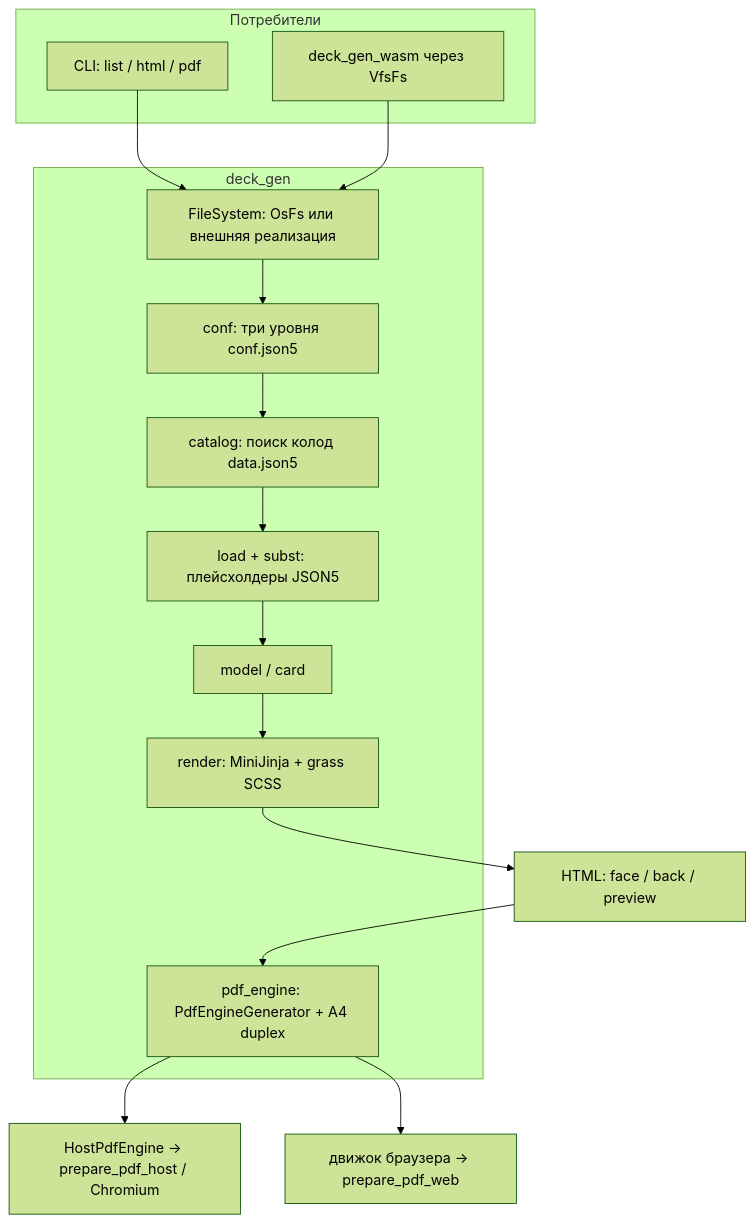
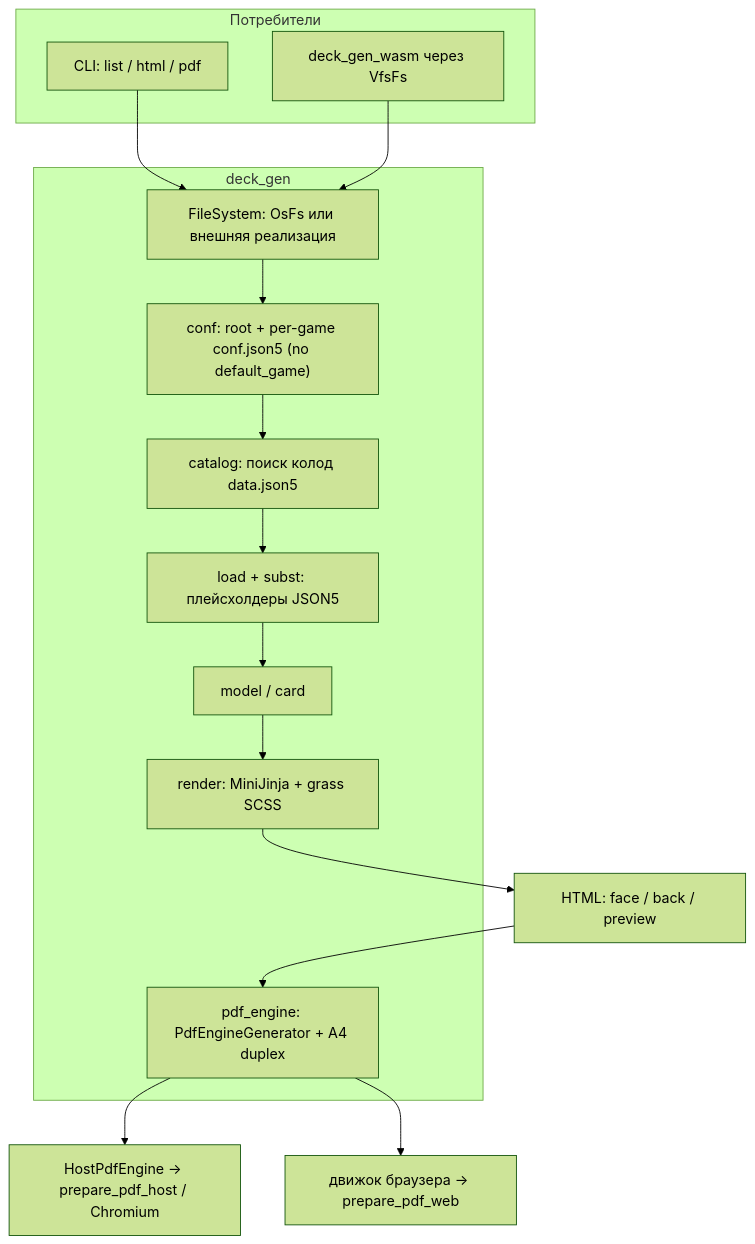
One commit to AlexeyPerestoronin/Game-deck-generator changed the diagram in deck_gen/arch.mermaid. Above: the diagram before and after it, drawn with Mermaid (forest theme). The commit also changed 11 other files, not shown here.

Commit message:
remove default game options: iteration-1

```diff
--- a/deck_gen/arch.mermaid
+++ b/deck_gen/arch.mermaid
@@ -1,23 +1,23 @@
 flowchart TB
   subgraph consumers [Потребители]
     CLI["CLI: list / html / pdf"]
     WASM["deck_gen_wasm через VfsFs"]
   end
 
   subgraph deck_gen [deck_gen]
     FS["FileSystem: OsFs или внешняя реализация"]
-    CONF["conf: три уровня conf.json5"]
+    CONF["conf: root + per-game conf.json5 (no default_game)"]
     CAT["catalog: поиск колод data.json5"]
     LOAD["load + subst: плейсхолдеры JSON5"]
     MODEL["model / card"]
     RENDER["render: MiniJinja + grass SCSS"]
     PDF["pdf_engine: PdfEngineGenerator + A4 duplex"]
   end
 
   CLI --> FS
   WASM --> FS
   FS --> CONF --> CAT --> LOAD --> MODEL --> RENDER
   RENDER --> HTML["HTML: face / back / preview"]
   HTML --> PDF
   PDF --> HOST["HostPdfEngine → prepare_pdf_host / Chromium"]
   PDF --> WEB["движок браузера → prepare_pdf_web"]
```
